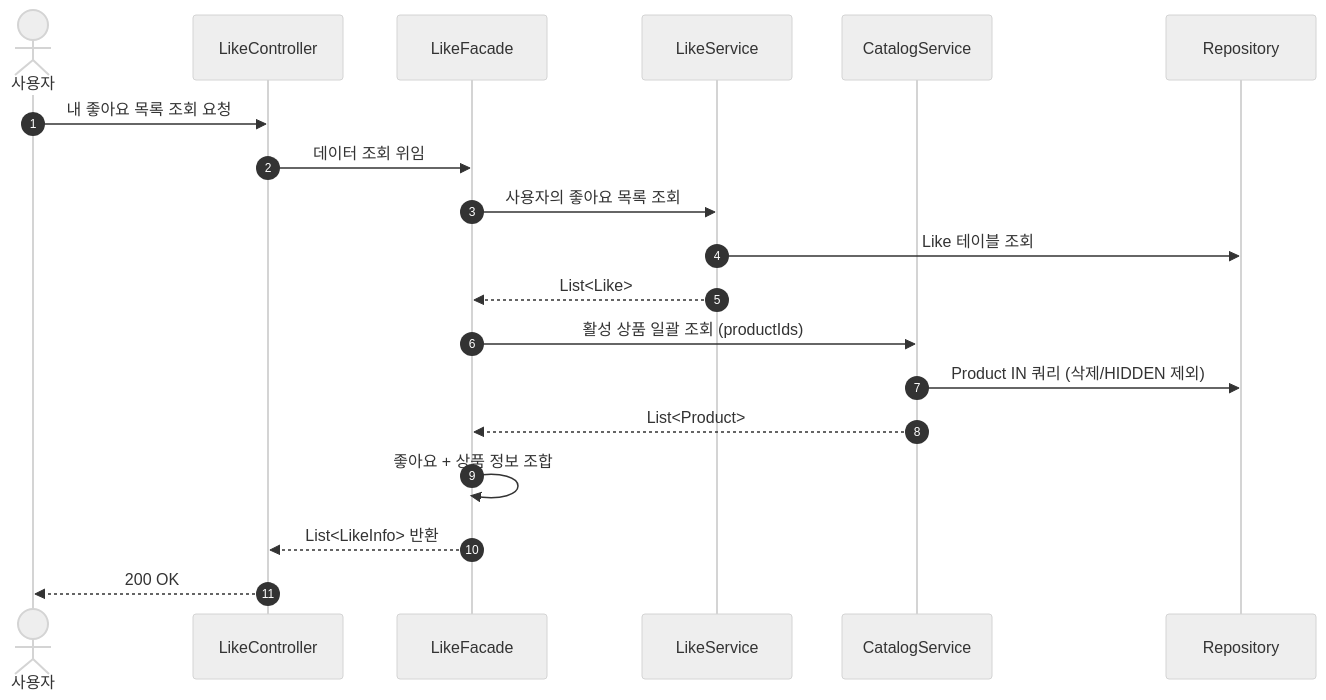
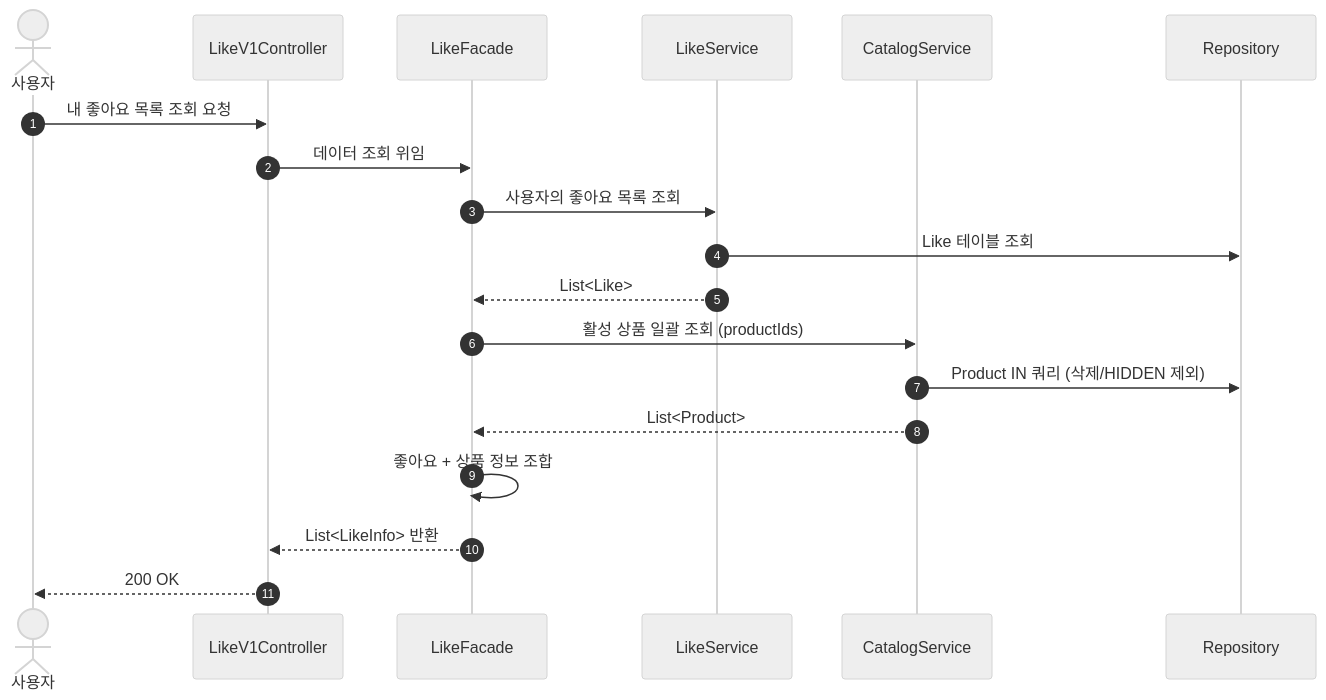
One commit to Loopers-dev-lab/loop-pack-be-l2-vol3-kotlin changed diagram 18 of 26 in docs/design/02-sequence-diagrams.md. Above: the diagram before and after it, drawn with Mermaid (neutral theme). The commit also changed other lines of this file and 7 other files, not shown here.

````diff
--- a/docs/design/02-sequence-diagrams.md
+++ b/docs/design/02-sequence-diagrams.md
@@ -443,21 +507,21 @@
 ```mermaid
 sequenceDiagram
     autonumber
     actor User as 사용자
-    participant C as LikeController
+    participant C as LikeV1Controller
     participant F as LikeFacade
     participant LS as LikeService
     participant CS as CatalogService
     participant R as Repository
     User ->> C: 내 좋아요 목록 조회 요청
     C ->> F: 데이터 조회 위임
     F ->> LS: 사용자의 좋아요 목록 조회
     LS ->> R: Like 테이블 조회
     LS -->> F: List<Like>
     F ->> CS: 활성 상품 일괄 조회 (productIds)
     CS ->> R: Product IN 쿼리 (삭제/HIDDEN 제외)
     CS -->> F: List<Product>
     F ->> F: 좋아요 + 상품 정보 조합
     F -->> C: List<LikeInfo> 반환
     C -->> User: 200 OK
 ```
````
